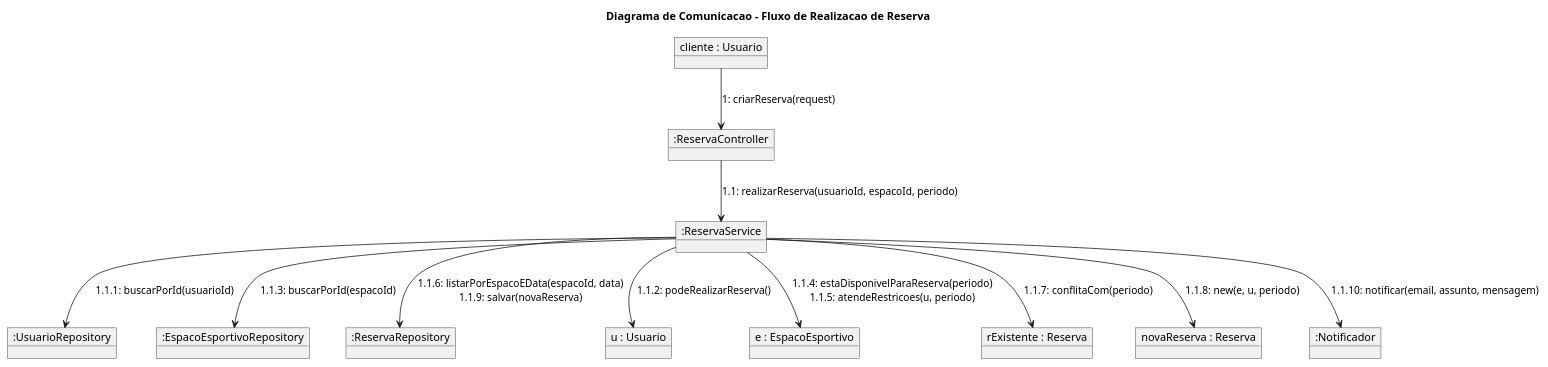
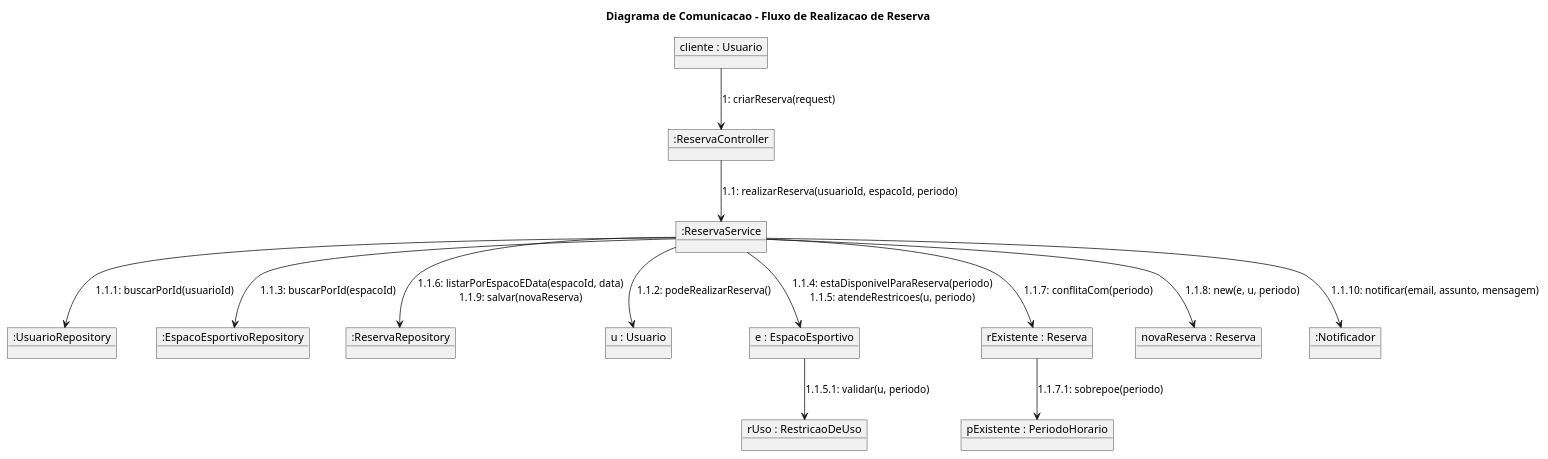
Before and after one commit to tuildes/software-design: the diagram in docs/diagramas/comunicacao.puml, drawn with PlantUML. The commit also changed 8 other files, not shown here.

Commit message:
refactor: split monolithic documentation into modular markdown files and plantuml diagrams

```diff
--- a/docs/diagramas/comunicacao.puml
+++ b/docs/diagramas/comunicacao.puml
@@ -1,28 +1,32 @@
 @startuml
 title Diagrama de Comunicacao - Fluxo de Realizacao de Reserva
 
 object "cliente : Usuario" as Cliente
 object ":ReservaController" as RC
 object ":ReservaService" as RS
 object ":UsuarioRepository" as UR
 object ":EspacoEsportivoRepository" as ER
 object ":ReservaRepository" as RR
 object "u : Usuario" as U
 object "e : EspacoEsportivo" as E
+object "rUso : RestricaoDeUso" as RU
 object "rExistente : Reserva" as RE
+object "pExistente : PeriodoHorario" as PH
 object "novaReserva : Reserva" as NR
 object ":Notificador" as N
 
 Cliente --> RC : "1: criarReserva(request)"
 RC --> RS : "1.1: realizarReserva(usuarioId, espacoId, periodo)"
 
 RS --> UR : "1.1.1: buscarPorId(usuarioId)"
 RS --> U : "1.1.2: podeRealizarReserva()"
 RS --> ER : "1.1.3: buscarPorId(espacoId)"
 RS --> E : "1.1.4: estaDisponivelParaReserva(periodo)\n1.1.5: atendeRestricoes(u, periodo)"
+E --> RU : "1.1.5.1: validar(u, periodo)"
 RS --> RR : "1.1.6: listarPorEspacoEData(espacoId, data)\n1.1.9: salvar(novaReserva)"
 RS --> RE : "1.1.7: conflitaCom(periodo)"
+RE --> PH : "1.1.7.1: sobrepoe(periodo)"
 RS --> NR : "1.1.8: new(e, u, periodo)"
 RS --> N : "1.1.10: notificar(email, assunto, mensagem)"
 
 @enduml
```
